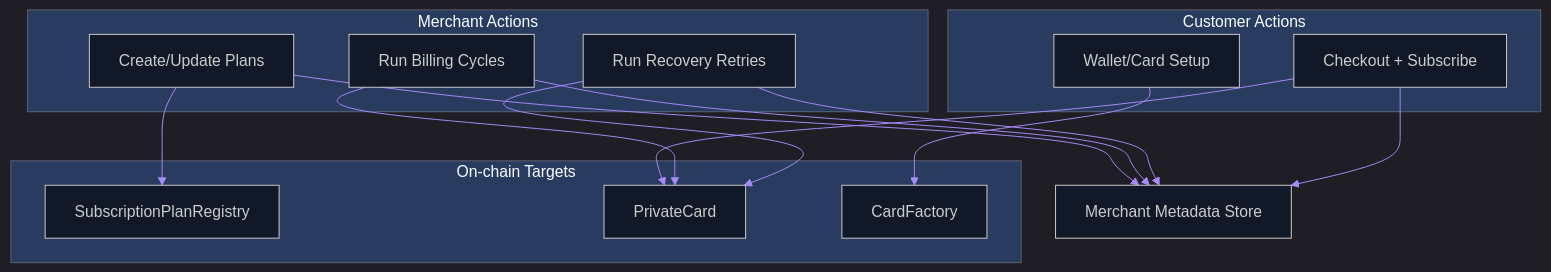
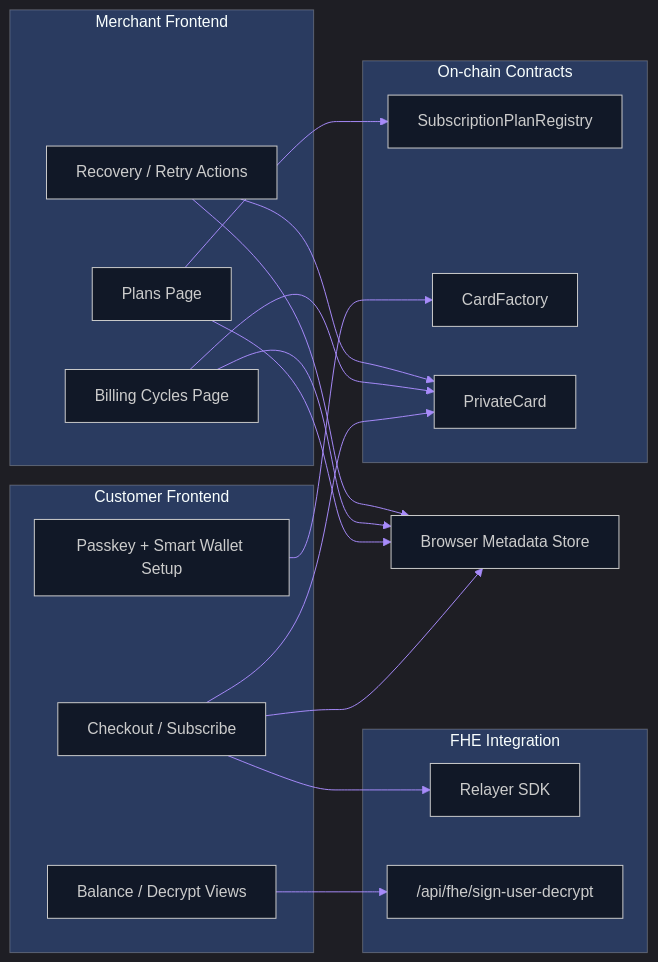
Before and after one commit to tekuuu/PayMe: the second of 2 diagrams in README.md, drawn with Mermaid. The commit also changed other lines of this file, not shown here.

Commit message:
docs: align README architecture with implemented flows

````diff
--- a/README.md
+++ b/README.md
@@ -198,32 +209,40 @@
 ```mermaid
 %%{init: {'theme':'dark', 'themeVariables': { 'primaryColor':'#a78bfa', 'primaryTextColor':'#ffffff', 'primaryBorderColor':'#8b5cf6', 'lineColor':'#a78bfa', 'secondaryColor':'#0f172a', 'tertiaryColor':'#1e293b', 'background':'#0b1020', 'mainBkg':'#111827', 'secondBkg':'#1f2937', 'labelBackground':'#1f2937', 'labelTextColor':'#ffffff'}}}%%
-flowchart TB
-    subgraph MERCHANT["Merchant Actions"]
-      MPLAN["Create/Update Plans"]
-      MBILL["Run Billing Cycles"]
-      MREC["Run Recovery Retries"]
+flowchart LR
+    subgraph MERCHANT["Merchant Frontend"]
+      MPLAN["Plans Page"]
+      MBILL["Billing Cycles Page"]
+      MREC["Recovery / Retry Actions"]
     end
 
-    subgraph CUSTOMER["Customer Actions"]
-      CSET["Wallet/Card Setup"]
-      CSUB["Checkout + Subscribe"]
+    subgraph CUSTOMER["Customer Frontend"]
+      CSET["Passkey + Smart Wallet Setup"]
+      CBAL["Balance / Decrypt Views"]
+      CSUB["Checkout / Subscribe"]
     end
 
-    subgraph ONCHAIN["On-chain Targets"]
-      SPR["SubscriptionPlanRegistry"]
-      PC["PrivateCard"]
-      CF["CardFactory"]
+    subgraph FHE["FHE Integration"]
+      SDK["Relayer SDK"]
+      DECRYPT["/api/fhe/sign-user-decrypt"]
     end
 
-    MCP["Merchant Metadata Store"]
+    subgraph ONCHAIN["On-chain Contracts"]
+      SPR["SubscriptionPlanRegistry"]
+      CF["CardFactory"]
+      PC["PrivateCard"]
+    end
+
+    MCP["Browser Metadata Store"]
 
     CSET --> CF
+    CBAL --> DECRYPT
+    CSUB --> SDK
     CSUB --> PC
+    CSUB --> MCP
     MPLAN --> SPR
+    MPLAN --> MCP
     MBILL --> PC
+    MBILL --> MCP
     MREC --> PC
-    MPLAN --> MCP
-    MBILL --> MCP
     MREC --> MCP
-    CSUB --> MCP
 ```
````
